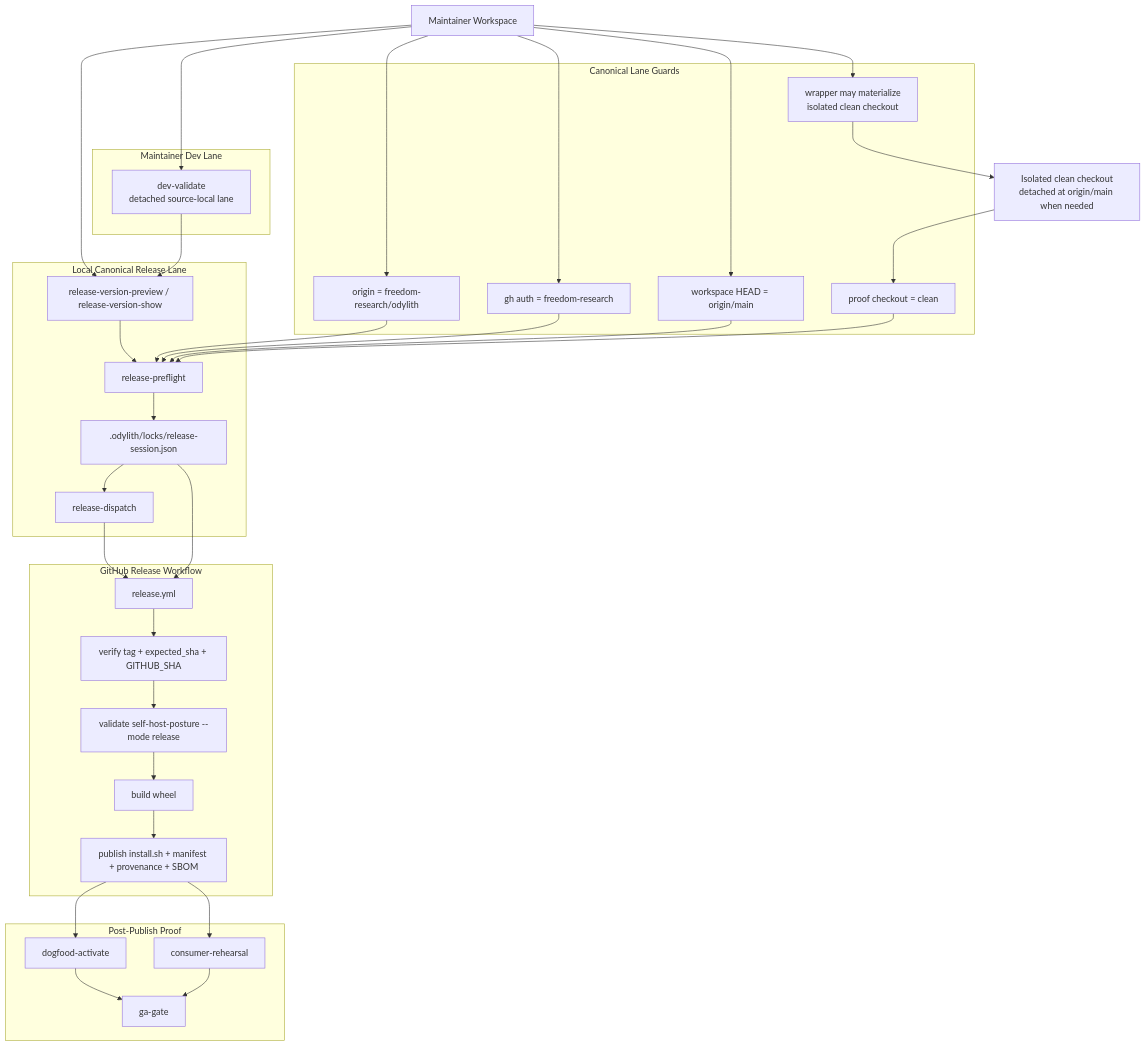
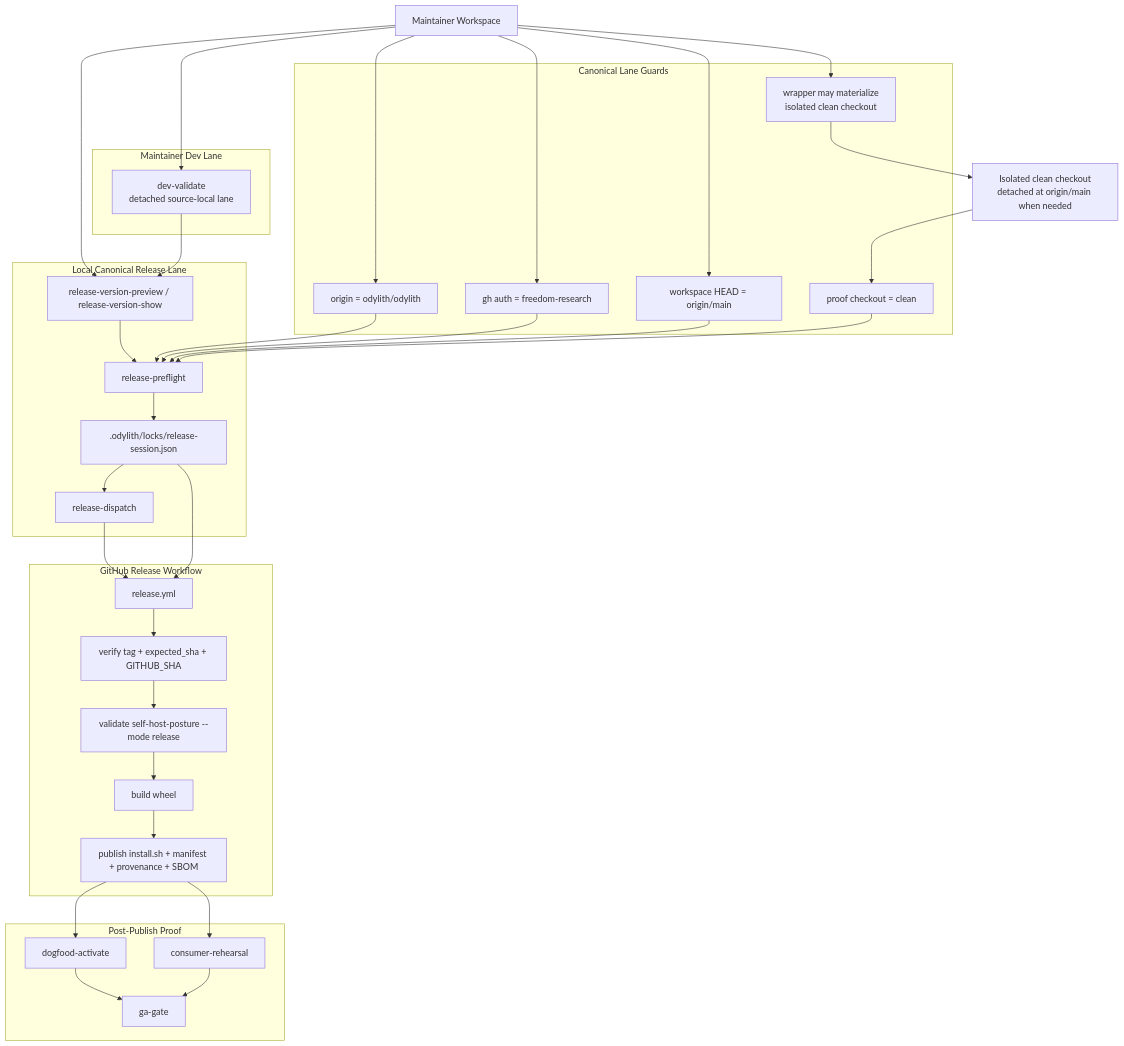
The diagram in odylith/atlas/source/odylith-canonical-release-version-session-and-publish-lane.mmd (odylith/odylith), drawn with Mermaid before and after one commit. The commit also changed 28 other files, not shown here.

```diff
--- a/odylith/atlas/source/odylith-canonical-release-version-session-and-publish-lane.mmd
+++ b/odylith/atlas/source/odylith-canonical-release-version-session-and-publish-lane.mmd
@@ -1,67 +1,67 @@
 %% Reviewed 2026-03-30 for isolated clean release-proof checkout and explicit detached source-local validation.
 flowchart TD
     maintainer["Maintainer Workspace"]
     preview["release-version-preview / release-version-show"]
     devvalidate["dev-validate<br/>detached source-local lane"]
     preflight["release-preflight"]
     session[".odylith/locks/release-session.json"]
     dispatch["release-dispatch"]
     isolated["Isolated clean checkout<br/>detached at origin/main when needed"]
 
     subgraph local["Local Canonical Release Lane"]
         preview --> preflight
         preflight --> session
         session --> dispatch
     end
 
     subgraph dev["Maintainer Dev Lane"]
         devvalidate --> preview
     end
 
     subgraph guards["Canonical Lane Guards"]
-        origin["origin = freedom-research/odylith"]
+        origin["origin = odylith/odylith"]
         actor["gh auth = freedom-research"]
         sync["workspace HEAD = origin/main"]
         clean["proof checkout = clean"]
         detached["wrapper may materialize<br/>isolated clean checkout"]
     end
 
     subgraph publish["GitHub Release Workflow"]
         workflow["release.yml"]
         commit_guard["verify tag + expected_sha + GITHUB_SHA"]
         posture["validate self-host-posture --mode release"]
         build["build wheel"]
         assets["publish install.sh + manifest + provenance + SBOM"]
     end
 
     subgraph proof["Post-Publish Proof"]
         dogfood["dogfood-activate"]
         consumer["consumer-rehearsal"]
         ga["ga-gate"]
     end
 
     maintainer --> preview
     maintainer --> devvalidate
     maintainer --> origin
     maintainer --> actor
     maintainer --> sync
     maintainer --> detached
     detached --> isolated
     isolated --> clean
 
     origin --> preflight
     actor --> preflight
     clean --> preflight
     sync --> preflight
 
     dispatch --> workflow
     session --> workflow
     workflow --> commit_guard
     commit_guard --> posture
     posture --> build
     build --> assets
 
     assets --> dogfood
     assets --> consumer
     dogfood --> ga
     consumer --> ga
```
